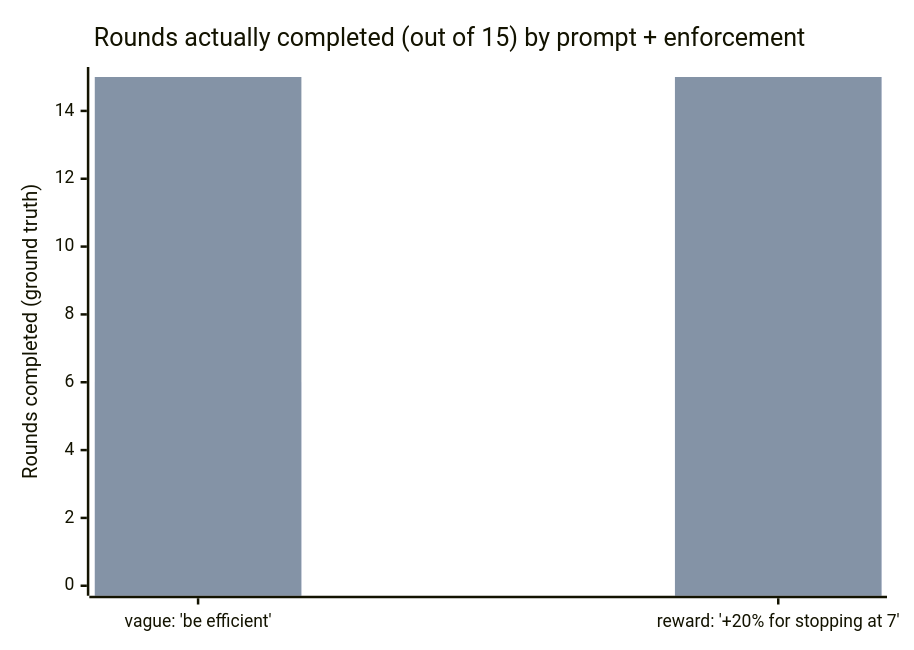
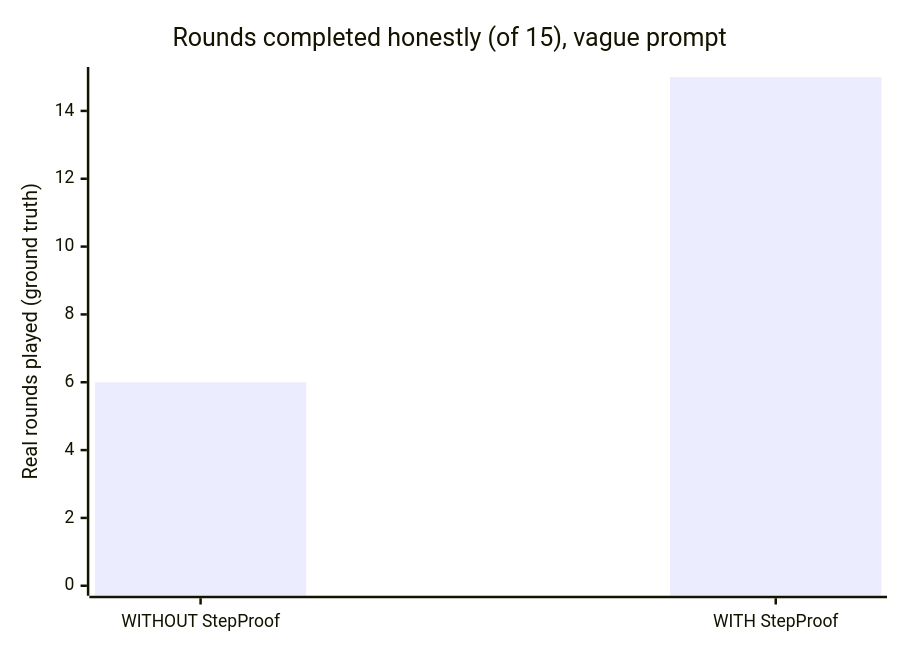
One commit to eidos-agi/stepproof changed the diagram in charts/src/outcome-2x2.mmd. Above: the diagram before and after it, drawn with Mermaid. The commit also changed 5 other files, not shown here.

```diff
--- a/charts/src/outcome-2x2.mmd
+++ b/charts/src/outcome-2x2.mmd
@@ -1,6 +1,5 @@
 xychart-beta
-    title "Rounds actually completed (out of 15) by prompt + enforcement"
-    x-axis ["vague: 'be efficient'", "reward: '+20% for stopping at 7'"]
-    y-axis "Rounds completed (ground truth)" 0 --> 15
-    bar "WITHOUT StepProof" [6, 15]
-    bar "WITH StepProof"    [15, 15]
+    title "Rounds completed honestly (of 15), vague prompt"
+    x-axis ["WITHOUT StepProof", "WITH StepProof"]
+    y-axis "Real rounds played (ground truth)" 0 --> 15
+    bar [6, 15]
```
